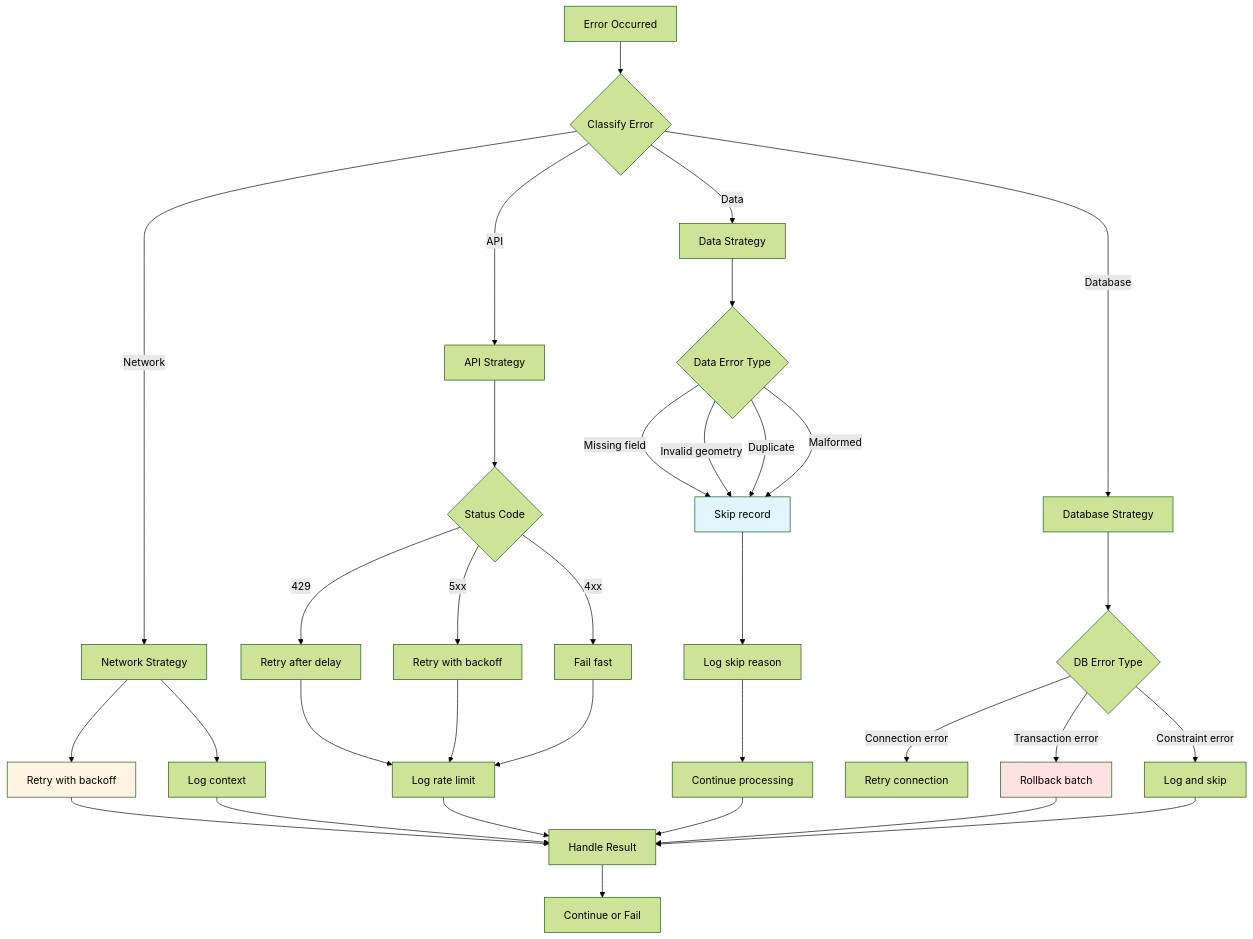
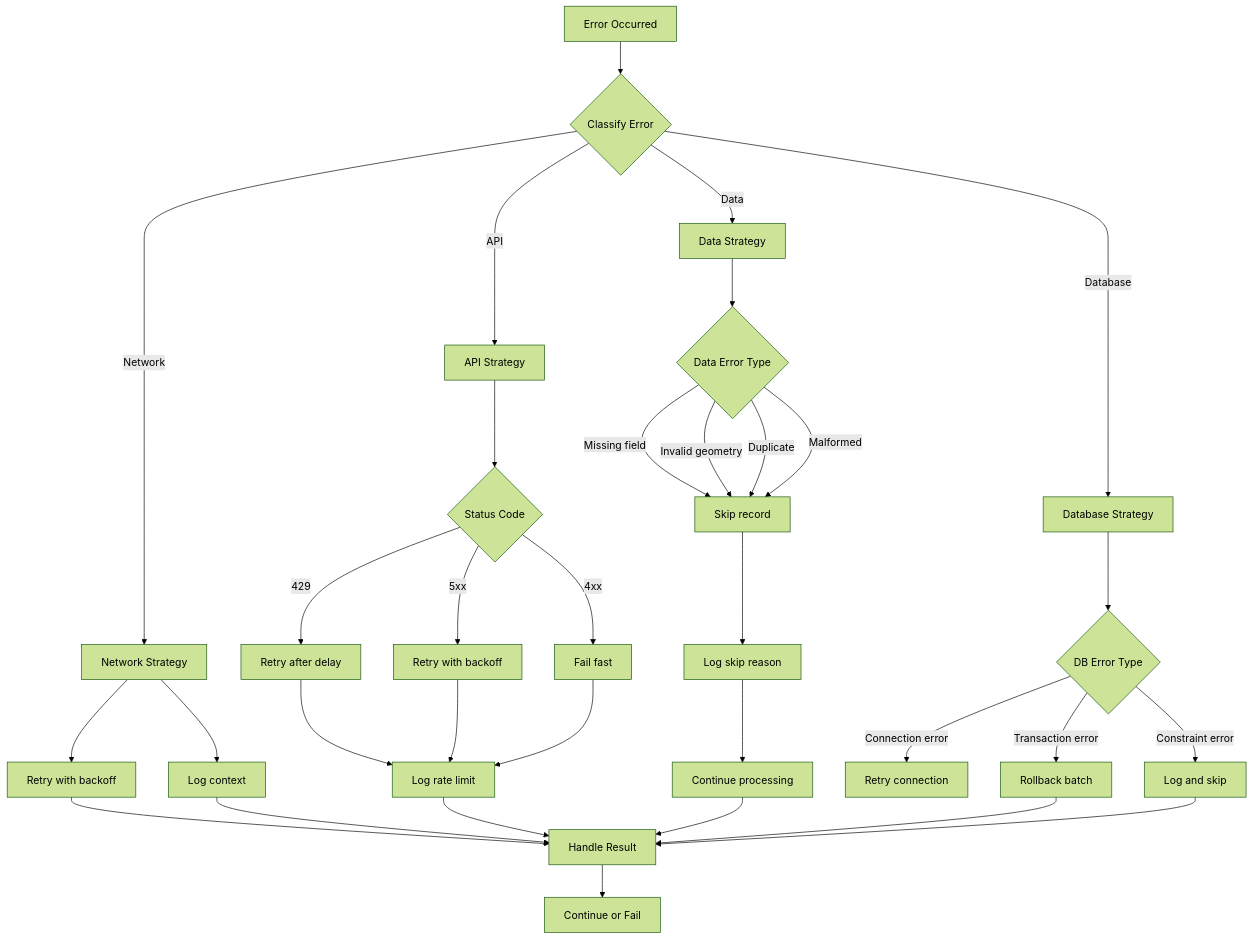
Before and after one commit to DaxServer/geocode-commons-categories: the eighth of 19 diagrams in docs/import/error-handling.md, drawn with Mermaid (forest theme). The commit also changed other lines of this file and 5 other files, not shown here.

````diff
--- a/docs/import/error-handling.md
+++ b/docs/import/error-handling.md
@@ -317,51 +306,48 @@
 ```mermaid
 graph TD
     ERROR[Error Occurred] --> CLASSIFY{Classify Error}
 
     CLASSIFY -->|Network| NETWORK_STRATEGY[Network Strategy]
     CLASSIFY -->|API| API_STRATEGY[API Strategy]
     CLASSIFY -->|Data| DATA_STRATEGY[Data Strategy]
     CLASSIFY -->|Database| DB_STRATEGY[Database Strategy]
 
     NETWORK_STRATEGY --> RETRY_NET[Retry with backoff]
     NETWORK_STRATEGY --> LOG_NET[Log context]
 
     API_STRATEGY --> CHECK_STATUS{Status Code}
 
     CHECK_STATUS -->|429| RETRY_429[Retry after delay]
     CHECK_STATUS -->|5xx| RETRY_5XX[Retry with backoff]
     CHECK_STATUS -->|4xx| FAIL_4XX[Fail fast]
 
     RETRY_429 --> LOG_API[Log rate limit]
     RETRY_5XX --> LOG_API
     FAIL_4XX --> LOG_API
 
     DATA_STRATEGY --> CHECK_DATA{Data Error Type}
 
     CHECK_DATA -->|Missing field| SKIP_RECORD[Skip record]
     CHECK_DATA -->|Invalid geometry| SKIP_RECORD
     CHECK_DATA -->|Duplicate| SKIP_RECORD
     CHECK_DATA -->|Malformed| SKIP_RECORD
 
     SKIP_RECORD --> LOG_DATA[Log skip reason]
     LOG_DATA --> CONTINUE[Continue processing]
 
     DB_STRATEGY --> CHECK_DB{DB Error Type}
 
     CHECK_DB -->|Connection error| RETRY_DB[Retry connection]
     CHECK_DB -->|Transaction error| ROLLBACK[Rollback batch]
     CHECK_DB -->|Constraint error| LOG_DB[Log and skip]
 
     RETRY_NET --> HANDLE
     LOG_API --> HANDLE
     LOG_NET --> HANDLE
     CONTINUE --> HANDLE
     ROLLBACK --> HANDLE
     LOG_DB --> HANDLE
 
     HANDLE[Handle Result] --> NEXT[Continue or Fail]
 
-    style RETRY_NET fill:#fff4e1
-    style SKIP_RECORD fill:#e1f5ff
-    style ROLLBACK fill:#ffe1e1
 ```
````
